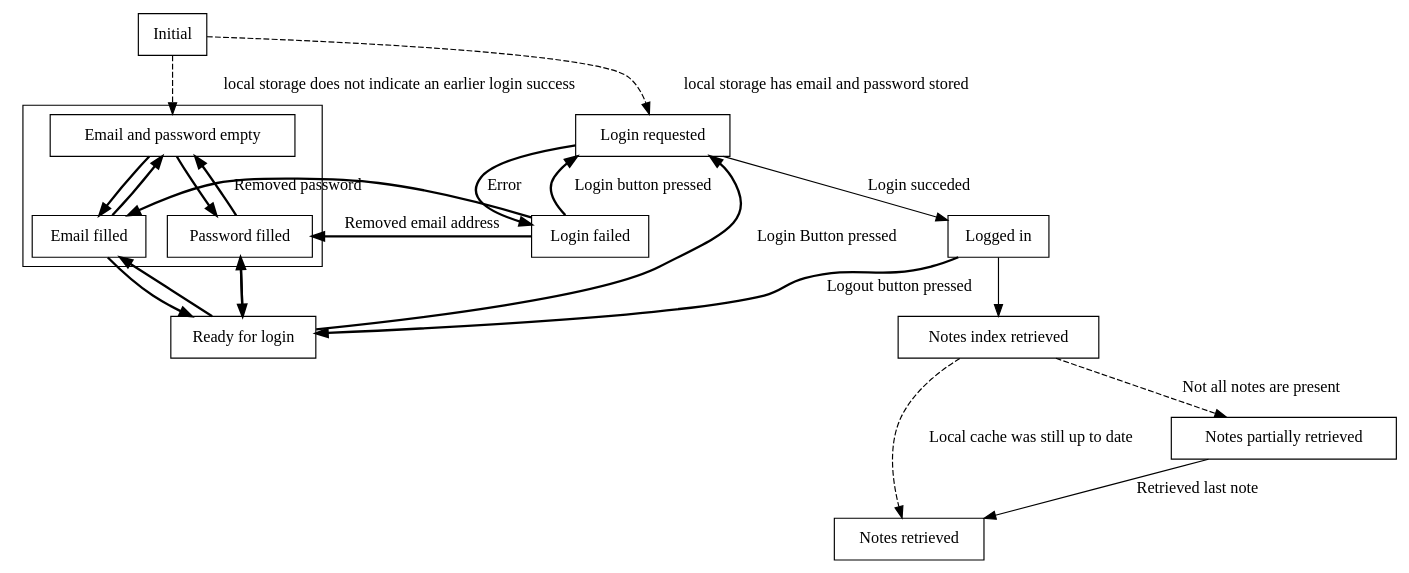
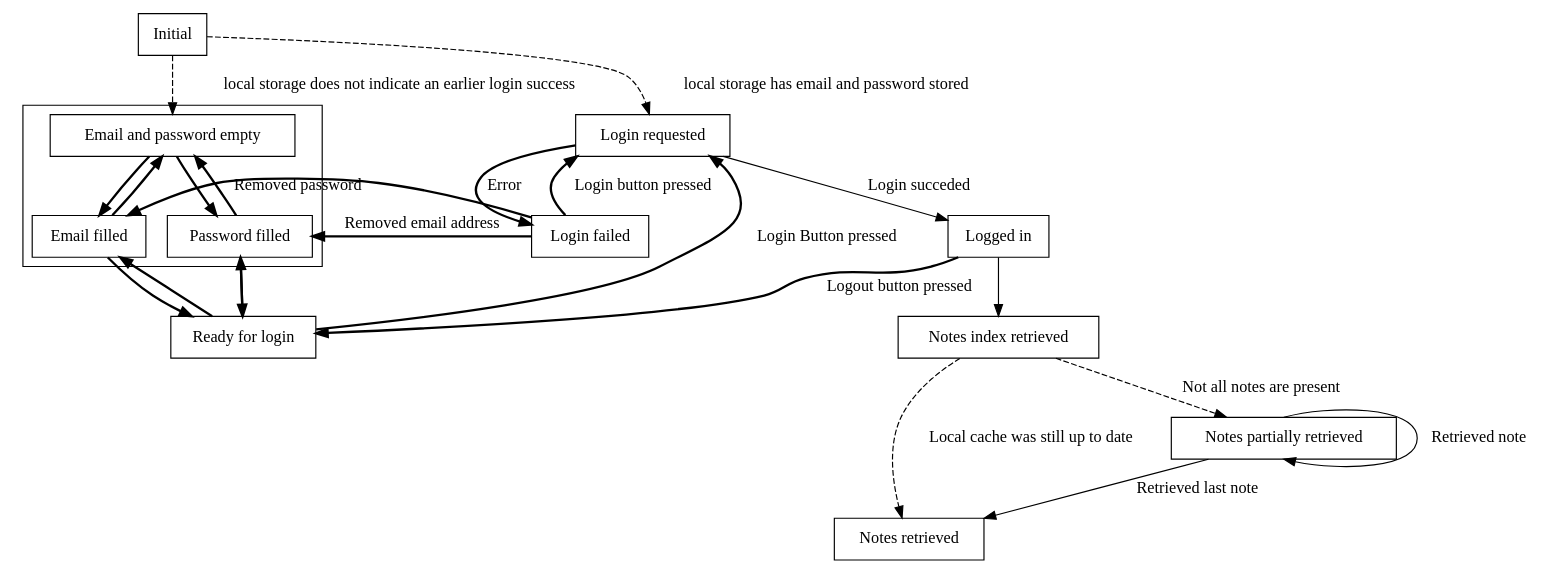
Before and after one commit to sebastiangeiger/ShopNote: the diagram in ShopNote/options_page_states.gv, drawn with Graphviz.

Commit message:
Small cosmetic change for the state diagram

```diff
--- a/ShopNote/options_page_states.gv
+++ b/ShopNote/options_page_states.gv
@@ -1,38 +1,39 @@
 digraph G { 
   node [shape=box];
   edge [style=bold]
   Initial
   Initial -> email_and_password_empty [label="local storage does not indicate an earlier login success", style=dashed, weight=1000]
   Initial -> login_requested [label="local storage has email and password stored", style=dashed]
   subgraph cluster_0 {
     email_and_password_empty [label="Email and password empty"]
     email_filled [label="Email filled"]
     password_filled [label="Password filled"]
     email_filled -> email_and_password_empty
     password_filled -> email_and_password_empty
     email_and_password_empty -> email_filled
     email_and_password_empty -> password_filled
   }
   ready_for_login -> email_filled
   ready_for_login -> password_filled
   email_filled -> ready_for_login
   password_filled -> ready_for_login
   ready_for_login [label="Ready for login"]
   ready_for_login -> login_requested [label="Login Button pressed"]
   login_requested [label="Login requested"]
   login_requested -> not_logged_in [label="Error"]
   login_requested -> logged_in [label="Login succeded", style=normal]
   not_logged_in [label="Login failed"]
   not_logged_in -> login_requested [label="Login button pressed"]
   not_logged_in -> password_filled [label="Removed email address"]
   not_logged_in -> email_filled [label="Removed password"]
   logged_in [label="Logged in"]
   logged_in -> notes_index_retrieved [style=normal]
   logged_in -> ready_for_login [label="Logout button pressed"]
   notes_index_retrieved [label="Notes index retrieved"]
   notes_index_retrieved -> notes_partially_retrieved [label="Not all notes are present", style=dashed]  
   notes_partially_retrieved [label="Notes partially retrieved"]
+  notes_partially_retrieved -> notes_partially_retrieved [label="Retrieved note", style=normal, headport="s", tailport="n"]
   notes_partially_retrieved -> notes_fully_retrieved [label="Retrieved last note", style=normal]
   notes_index_retrieved -> notes_fully_retrieved [label="Local cache was still up to date", style=dashed]
   notes_fully_retrieved [label="Notes retrieved"]
 }
```
